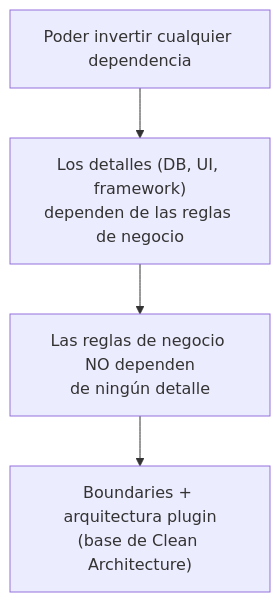
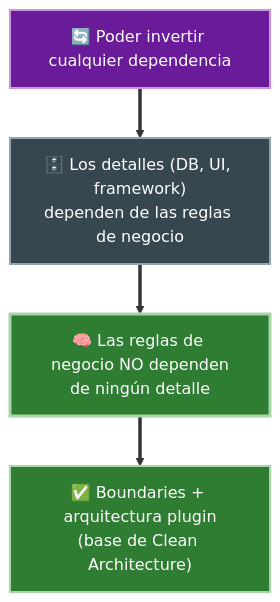
One commit to JavierMachucaA/clean-architecture-guia changed the fourth of 4 diagrams in 02-paradigmas-de-programacion/02-programacion-orientada-a-objetos.md. Above: the diagram before and after it, drawn with Mermaid. The commit also changed other lines of this file and 45 other files, not shown here.

````diff
--- a/02-paradigmas-de-programacion/02-programacion-orientada-a-objetos.md
+++ b/02-paradigmas-de-programacion/02-programacion-orientada-a-objetos.md
@@ -56,6 +76,11 @@
 ```mermaid
 flowchart TD
-    A["Poder invertir cualquier dependencia"] --> B["Los detalles (DB, UI, framework)<br/>dependen de las reglas de negocio"]
-    B --> C["Las reglas de negocio NO dependen<br/>de ningún detalle"]
-    C --> D["Boundaries + arquitectura plugin<br/>(base de Clean Architecture)"]
+    A["🔄 Poder invertir cualquier dependencia"] ==> B["🗄️ Los detalles (DB, UI, framework)<br/>dependen de las reglas de negocio"]
+    B ==> C["🧠 Las reglas de negocio NO dependen<br/>de ningún detalle"]
+    C ==> D["✅ Boundaries + arquitectura plugin<br/>(base de Clean Architecture)"]
+
+    style A fill:#6a1b9a,stroke:#ce93d8,color:#fff,stroke-width:2px
+    style B fill:#37474f,stroke:#90a4ae,color:#fff,stroke-width:2px
+    style C fill:#2e7d32,stroke:#a5d6a7,color:#fff,stroke-width:3px
+    style D fill:#2e7d32,stroke:#a5d6a7,color:#fff,stroke-width:2px
 ```
````
